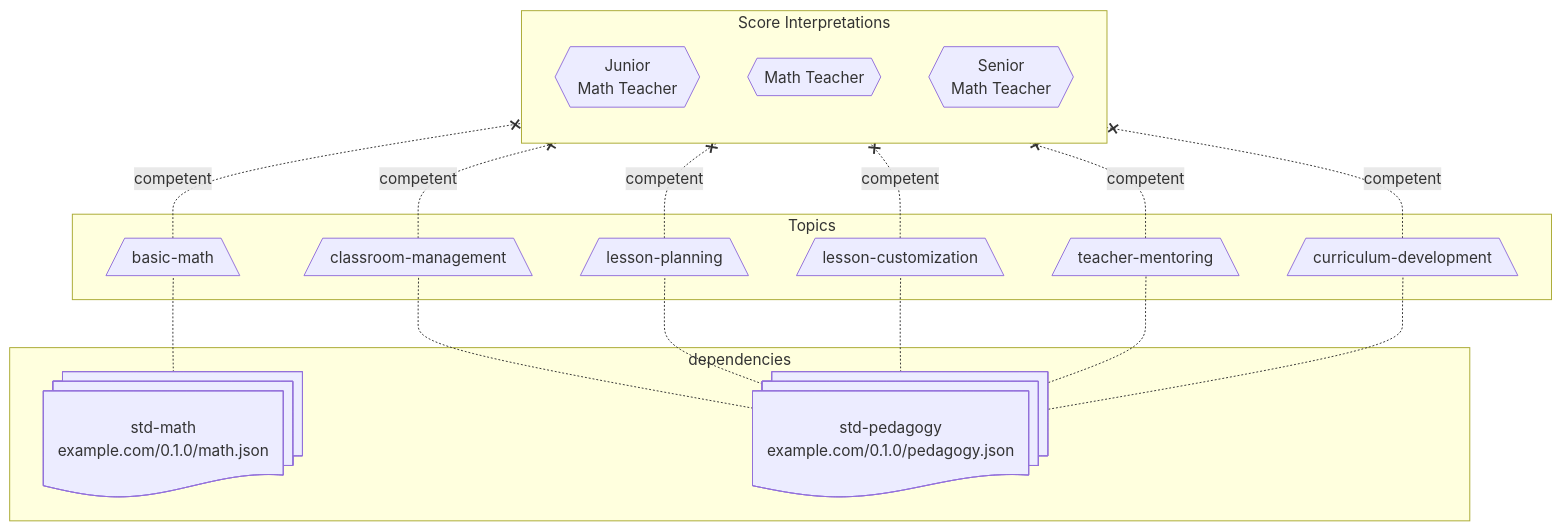
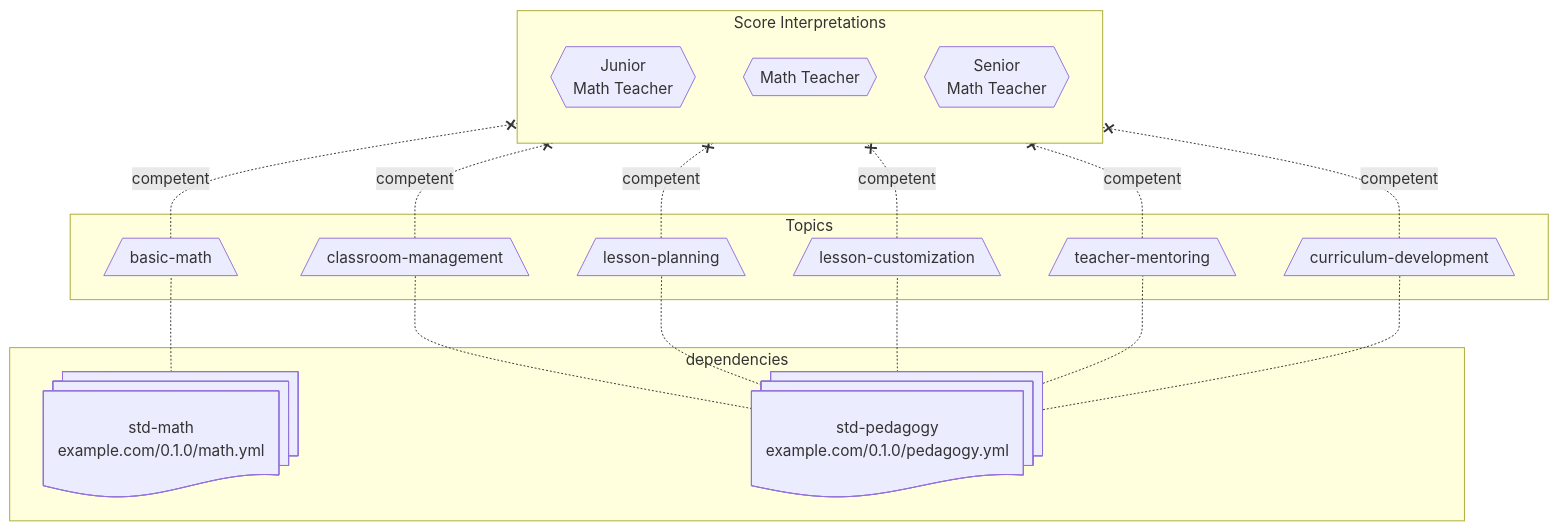
Before and after one commit to openproficiency/model: the third of 5 diagrams in specs/score-interpretation-list.md, drawn with Mermaid. The commit also changed other lines of this file and 7 other files, not shown here.

````diff
--- a/specs/score-interpretation-list.md
+++ b/specs/score-interpretation-list.md
@@ -202,37 +202,37 @@
 ```mermaid
   flowchart BT
 
   subgraph Topics
     basic-math[/basic-math\]
     classroom-management[/classroom-management\]
 
     lesson-planning[/lesson-planning\]
     lesson-customization[/lesson-customization\]
 
     teacher-mentoring[/teacher-mentoring\]
     curriculum-development[/curriculum-development\]
   end
 
   subgraph Score Interpretations
     direction BT
     math-teacher-junior{{"Junior<br/>Math Teacher"}}
     math-teacher{{"Math Teacher"}}
     math-teacher-senior{{"Senior<br/>Math Teacher"}}
   end
 
   %% Dependencies
   subgraph dependencies
-    std-math@{ shape: docs, label: "std-math<br/>example.com/0.1.0/math.json" }
-    std-pedagogy@{ shape: docs, label: "std-pedagogy<br/>example.com/0.1.0/pedagogy.json" }
+    std-math@{ shape: docs, label: "std-math<br/>example.com/0.1.0/math.yml" }
+    std-pedagogy@{ shape: docs, label: "std-pedagogy<br/>example.com/0.1.0/pedagogy.yml" }
   end
 
   %% Mapping
   std-math -.- basic-math -.competent.-x math-teacher-junior
   std-pedagogy -.- classroom-management -.competent.-x math-teacher-junior
 
   std-pedagogy -.- lesson-planning -.competent.-x math-teacher
   std-pedagogy -.- lesson-customization -.competent.-x math-teacher
 
   std-pedagogy -.- teacher-mentoring -.competent.-x math-teacher-senior
   std-pedagogy -.- curriculum-development -.competent.-x math-teacher-senior
 ```
````
